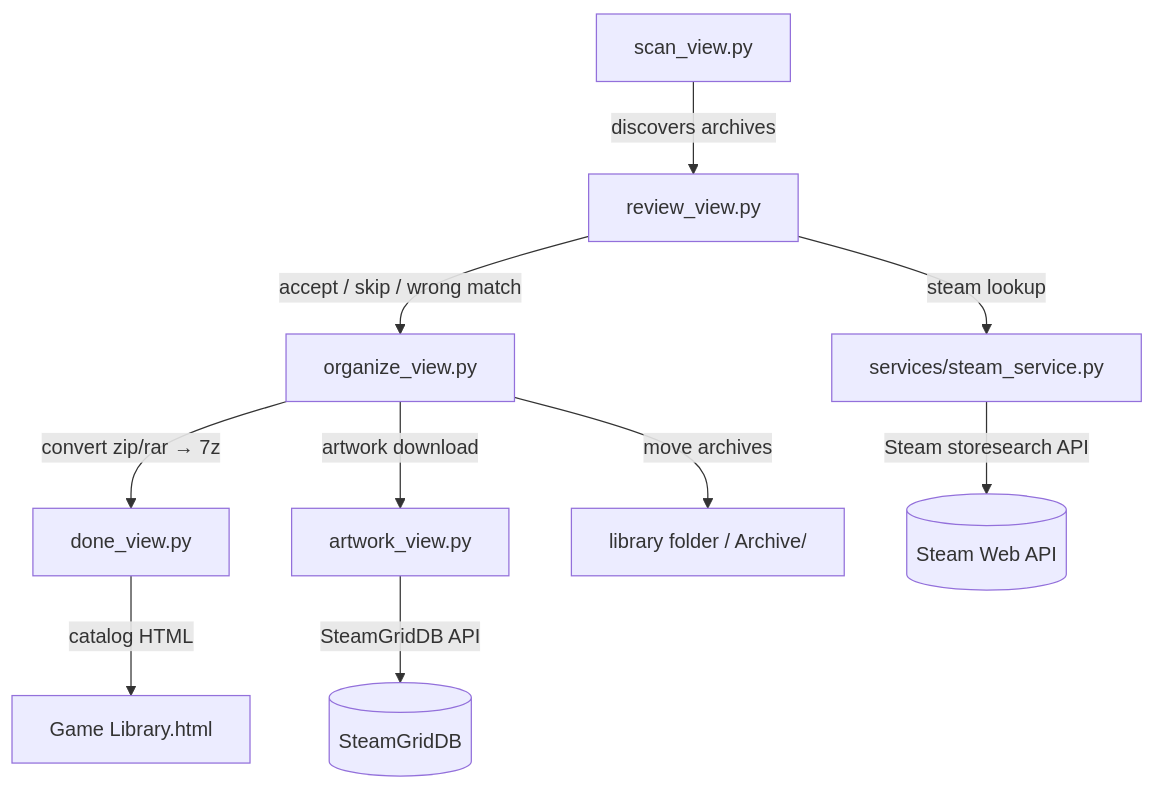
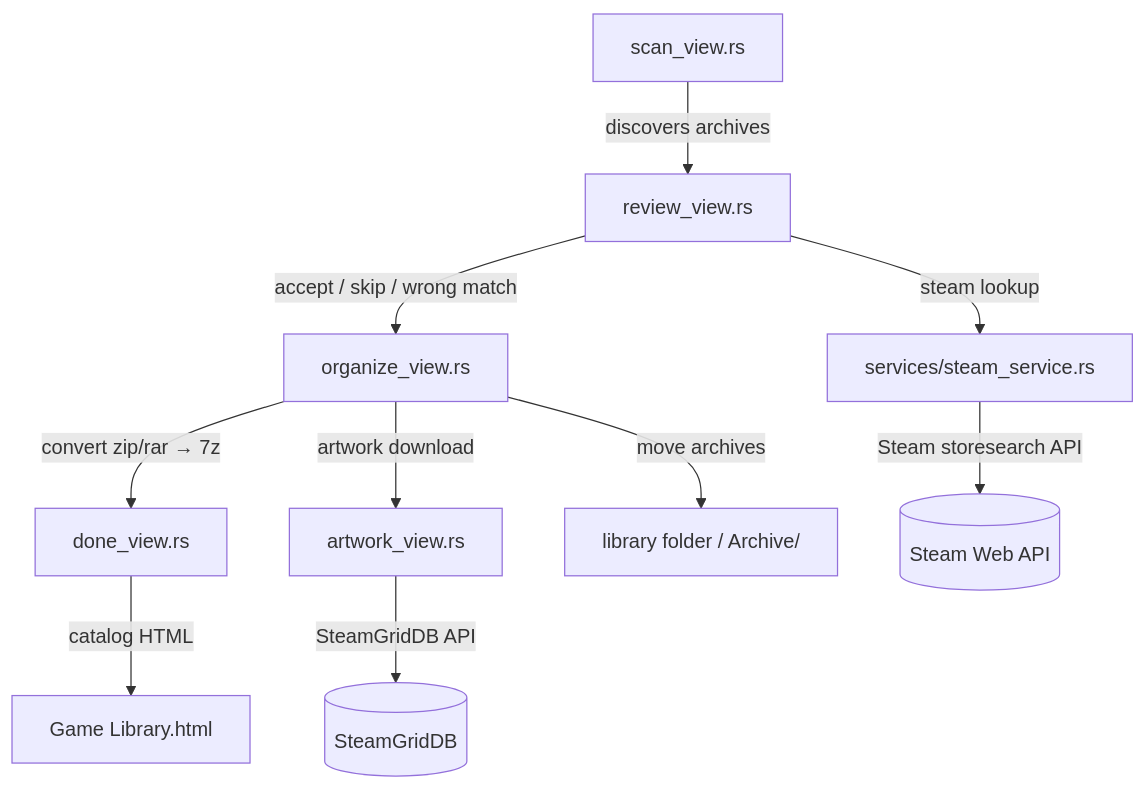
Before and after one commit to smd3235/steam-game-organizer: the first of 6 diagrams in ARCHITECTURE.md, drawn with Mermaid. The commit also changed other lines of this file and 399 other files, not shown here.

````diff
--- a/ARCHITECTURE.md
+++ b/ARCHITECTURE.md
@@ -297,12 +190,12 @@
 ```mermaid
 flowchart TD
-    A[scan_view.py] -->|discovers archives| B[review_view.py]
-    B -->|accept / skip / wrong match| C[organize_view.py]
-    C -->|convert zip/rar → 7z| D[done_view.py]
-    C -->|artwork download| E[artwork_view.py]
+    A[scan_view.rs] -->|discovers archives| B[review_view.rs]
+    B -->|accept / skip / wrong match| C[organize_view.rs]
+    C -->|convert zip/rar → 7z| D[done_view.rs]
+    C -->|artwork download| E[artwork_view.rs]
     D -->|catalog HTML| F[Game Library.html]
-    B -->|steam lookup| G[services/steam_service.py]
+    B -->|steam lookup| G[services/steam_service.rs]
     G -->|Steam storesearch API| H[(Steam Web API)]
     E -->|SteamGridDB API| I[(SteamGridDB)]
     C -->|move archives| J[library folder / Archive/]
 ```
````
